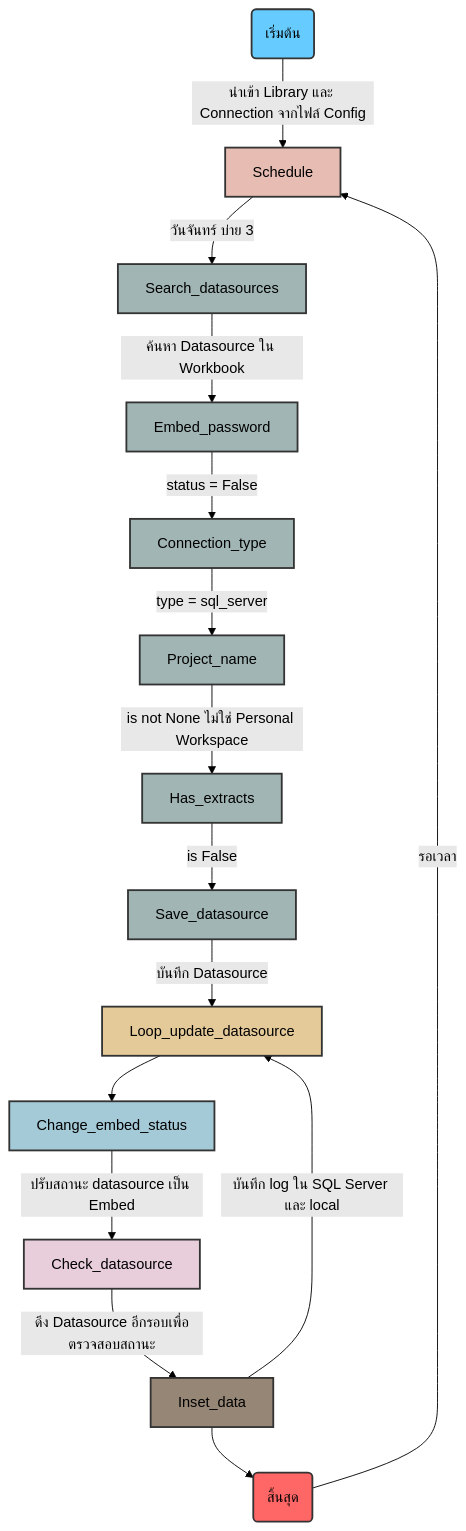
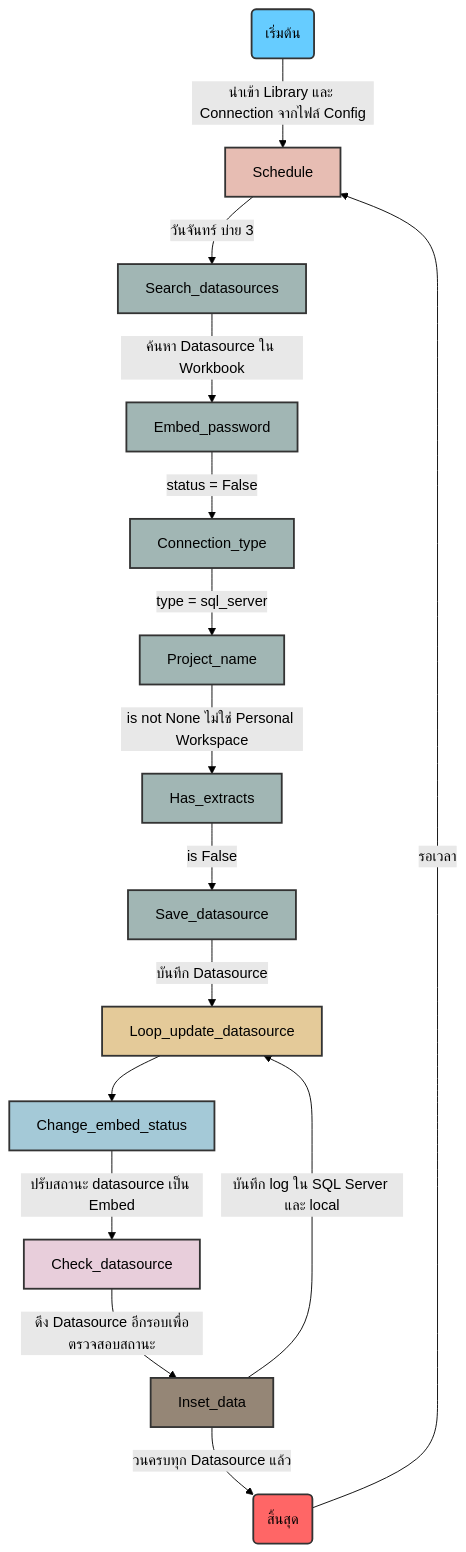
The diagram in change_embed_status/README.md (Burinboo256/Tableau-Admin-EcoSystem), drawn with Mermaid (forest theme) before and after one commit.

Commit message:
Change Condition V2

````diff
--- a/change_embed_status/README.md
+++ b/change_embed_status/README.md
@@ -3,35 +3,35 @@
 ```mermaid
 graph TD;
     Start(เริ่มต้น) -->|นำเข้า Library และ Connection จากไฟล์ Config|Schedule
     
     Schedule --> |วันจันทร์ บ่าย 3| Search_datasources
 
     Search_datasources --> |ค้นหา Datasource ใน Workbook| Embed_password
     Embed_password --> |status = False| Connection_type
     Connection_type --> |type = sql_server| Project_name
     Project_name --> |is not None ไม่ใช่ Personal Workspace|Has_extracts
     Has_extracts --> |is False|Save_datasource
     Save_datasource --> |บันทึก Datasource|Loop_update_datasource
     Loop_update_datasource -->Change_embed_status
     Change_embed_status --> |ปรับสถานะ datasource เป็น Embed|Check_datasource
     Check_datasource --> |ดึง Datasource อีกรอบเพื่อตรวจสอบสถานะ| Inset_data
     Inset_data --> |บันทึก log ใน SQL Server และ local| Loop_update_datasource
-    Inset_data --> End(สิ้นสุด)
+    Inset_data -->|วนครบทุก Datasource แล้ว| End(สิ้นสุด)
     End -->|รอเวลา| Schedule
 
     style Start fill:#66ccff,stroke:#333,stroke-width:2px;
     style Schedule fill:#E7BDB3,stroke:#333,stroke-width:2px;
     style Search_datasources fill:#A1B6B4,stroke:#333,stroke-width:2px;
     style Embed_password fill:#A1B6B4,stroke:#333,stroke-width:2px;
     style Connection_type fill:#A1B6B4,stroke:#333,stroke-width:2px;
     style Project_name fill:#A1B6B4,stroke:#333,stroke-width:2px;
     style Has_extracts fill:#A1B6B4,stroke:#333,stroke-width:2px;
     style Save_datasource fill:#A1B6B4,stroke:#333,stroke-width:2px;
 
     style Loop_update_datasource fill:#E4CA99,stroke:#333,stroke-width:2px;
     style Change_embed_status fill:#A4c9D7,stroke:#333,stroke-width:2px;
     style Check_datasource fill:#E8CEDB,stroke:#333,stroke-width:2px;
     style Inset_data fill:#958676,stroke:#333,stroke-width:2px;
 
     style End fill:#ff6666,stroke:#333,stroke-width:2px;
 ```
````
